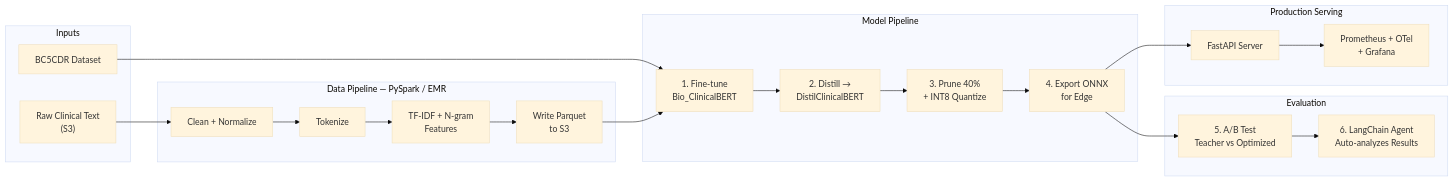
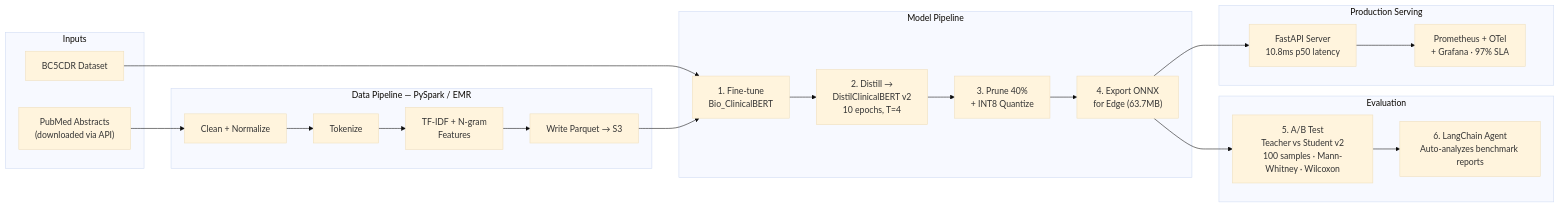
One commit to SantoshAdabala/clinical-nlp-optimization changed the second of 2 diagrams in README.md. Above: the diagram before and after it, drawn with Mermaid (base theme). The commit also changed other lines of this file, not shown here.

````diff
--- a/README.md
+++ b/README.md
@@ -205,36 +213,36 @@
 ```mermaid
 flowchart LR
     subgraph INPUT["Inputs"]
-        RAW["Raw Clinical Text\n(S3)"]
+        RAW["PubMed Abstracts\n(downloaded via API)"]
         BC5["BC5CDR Dataset"]
     end
 
     subgraph PIPE["Data Pipeline — PySpark / EMR"]
         CL["Clean + Normalize"]
         TOK["Tokenize"]
         FEAT["TF-IDF + N-gram\nFeatures"]
-        PAR["Write Parquet\nto S3"]
+        PAR["Write Parquet → S3"]
         RAW --> CL --> TOK --> FEAT --> PAR
     end
 
     subgraph MPIPE["Model Pipeline"]
         FT["1. Fine-tune\nBio_ClinicalBERT"]
-        DIST["2. Distill →\nDistilClinicalBERT"]
+        DIST["2. Distill →\nDistilClinicalBERT v2\n10 epochs, T=4"]
         OPT["3. Prune 40%\n+ INT8 Quantize"]
-        ONNX["4. Export ONNX\nfor Edge"]
+        ONNX["4. Export ONNX\nfor Edge (63.7MB)"]
         BC5 --> FT --> DIST --> OPT --> ONNX
         PAR --> FT
     end
 
     subgraph EVALPIPE["Evaluation"]
-        AB2["5. A/B Test\nTeacher vs Optimized"]
-        AGT["6. LangChain Agent\nAuto-analyzes Results"]
+        AB2["5. A/B Test\nTeacher vs Student v2\n100 samples · Mann-Whitney · Wilcoxon"]
+        AGT["6. LangChain Agent\nAuto-analyzes benchmark reports"]
         ONNX --> AB2 --> AGT
     end
 
     subgraph SERVE["Production Serving"]
-        FAPI["FastAPI Server"]
-        MON["Prometheus + OTel\n+ Grafana"]
+        FAPI["FastAPI Server\n10.8ms p50 latency"]
+        MON["Prometheus + OTel\n+ Grafana · 97% SLA"]
         ONNX --> FAPI --> MON
     end
 ```
````
